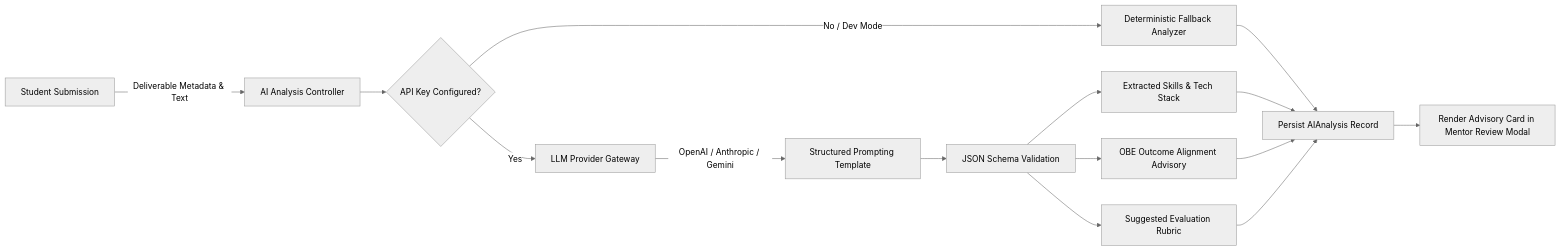
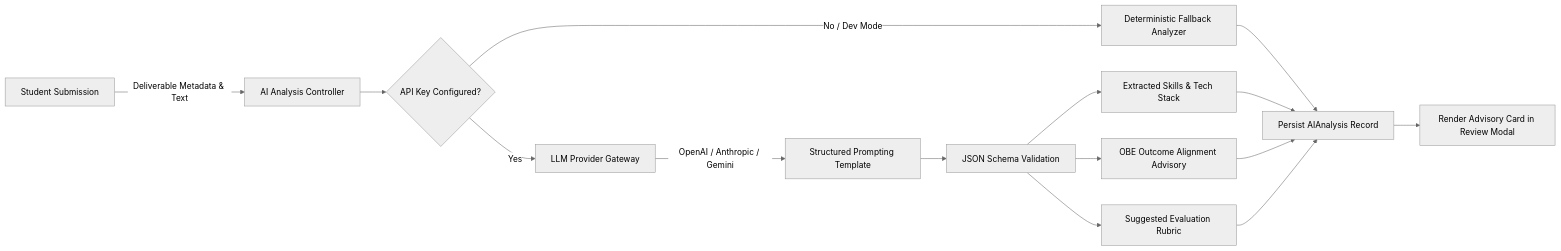
One commit to innocentgaming/Hack-2-Ignite-Move_37 changed the fourth of 5 diagrams in README.md. Above: the diagram before and after it, drawn with Mermaid (neutral theme). The commit also changed other lines of this file, not shown here.

````diff
--- a/README.md
+++ b/README.md
@@ -289,17 +318,17 @@
 ```mermaid
 flowchart LR
-    A[Student Submission] -->|Deliverable Metadata & Text| B[AI Analysis Controller]
-    B --> C{API Key Configured?}
-    C -->|No / Dev Mode| D[Deterministic Fallback Analyzer]
-    C -->|Yes| E[LLM Provider Gateway]
-    E -->|OpenAI / Anthropic / Gemini| F[Structured Prompting Template]
-    F --> G[JSON Schema Validation]
-    G --> H[Extracted Skills & Tech Stack]
-    G --> I[OBE Outcome Alignment Advisory]
-    G --> J[Suggested Evaluation Rubric]
-    D --> K[Persist AIAnalysis Record]
+    A["Student Submission"] -->|Deliverable Metadata & Text| B["AI Analysis Controller"]
+    B --> C{"API Key Configured?"}
+    C -->|No / Dev Mode| D["Deterministic Fallback Analyzer"]
+    C -->|Yes| E["LLM Provider Gateway"]
+    E -->|OpenAI / Anthropic / Gemini| F["Structured Prompting Template"]
+    F --> G["JSON Schema Validation"]
+    G --> H["Extracted Skills & Tech Stack"]
+    G --> I["OBE Outcome Alignment Advisory"]
+    G --> J["Suggested Evaluation Rubric"]
+    D --> K["Persist AIAnalysis Record"]
     H --> K
     I --> K
     J --> K
-    K --> L[Render Advisory Card in Mentor Review Modal]
+    K --> L["Render Advisory Card in Review Modal"]
 ```
````
